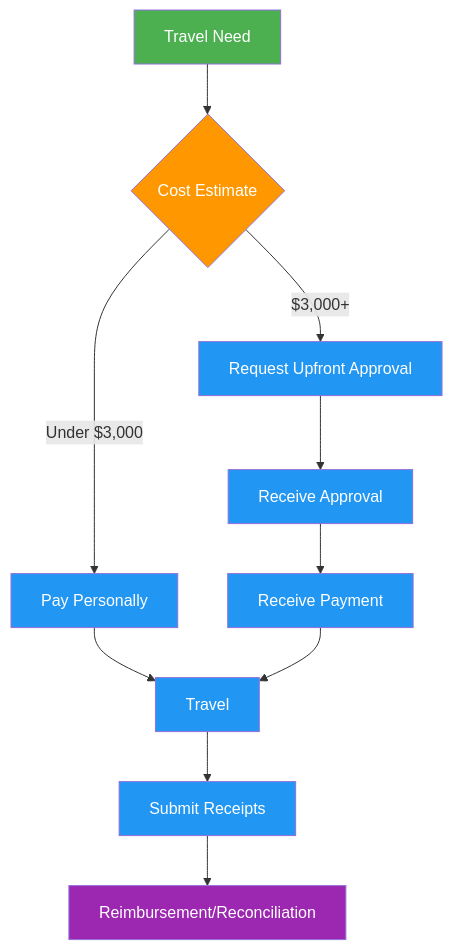
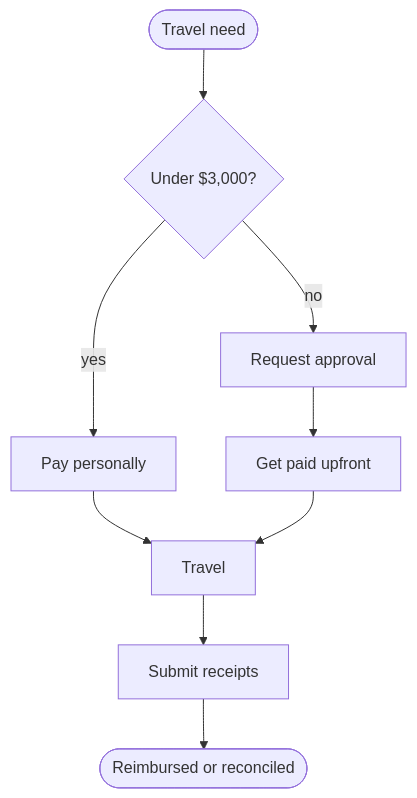
Before and after one commit to ultralytics/handbook: the diagram in docs/en/finance/travel.md, drawn with Mermaid. The commit also changed 16 other files, not shown here.

Commit message:
Migrate handbook Mermaid diagrams to the unified design system (#363)

````diff
--- a/docs/en/finance/travel.md
+++ b/docs/en/finance/travel.md
@@ -24,17 +24,11 @@
 ```mermaid
-graph TD
-    A[Travel Need]:::start --> B{Cost Estimate}:::decide
-    B -->|Under $3,000| C[Pay Personally]:::proc
-    B -->|$3,000+| D[Request Upfront Approval]:::proc
-    C --> E[Travel]:::proc
-    D --> F[Receive Approval]:::proc
-    F --> G[Receive Payment]:::proc
-    G --> E
-    E --> H[Submit Receipts]:::proc
-    H --> I[Reimbursement/Reconciliation]:::out
-
-    classDef start fill:#4CAF50,color:#fff
-    classDef proc fill:#2196F3,color:#fff
-    classDef decide fill:#FF9800,color:#fff
-    classDef out fill:#9C27B0,color:#fff
+flowchart TD
+    A([Travel need]) --> B{"Under $3,000?"}
+    B -->|yes| C[Pay personally]
+    B -->|no| D[Request approval]
+    D --> E[Get paid upfront]
+    C --> F[Travel]
+    E --> F
+    F --> G[Submit receipts]
+    G --> H([Reimbursed or reconciled])
 ```
````
